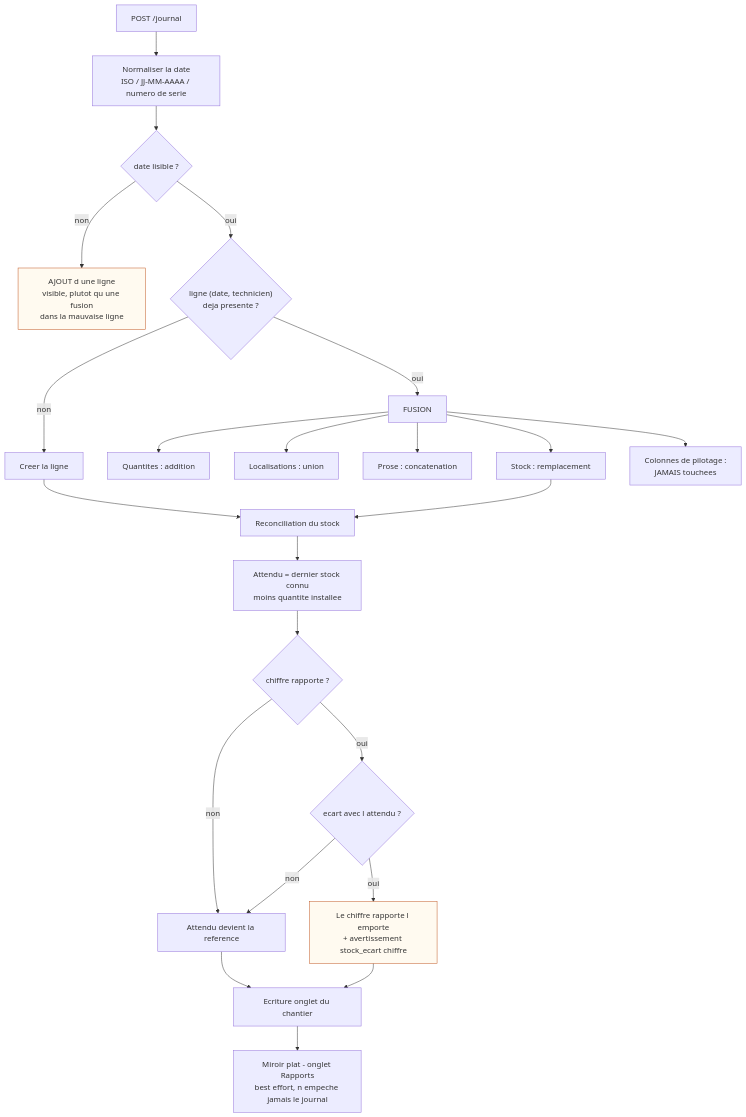
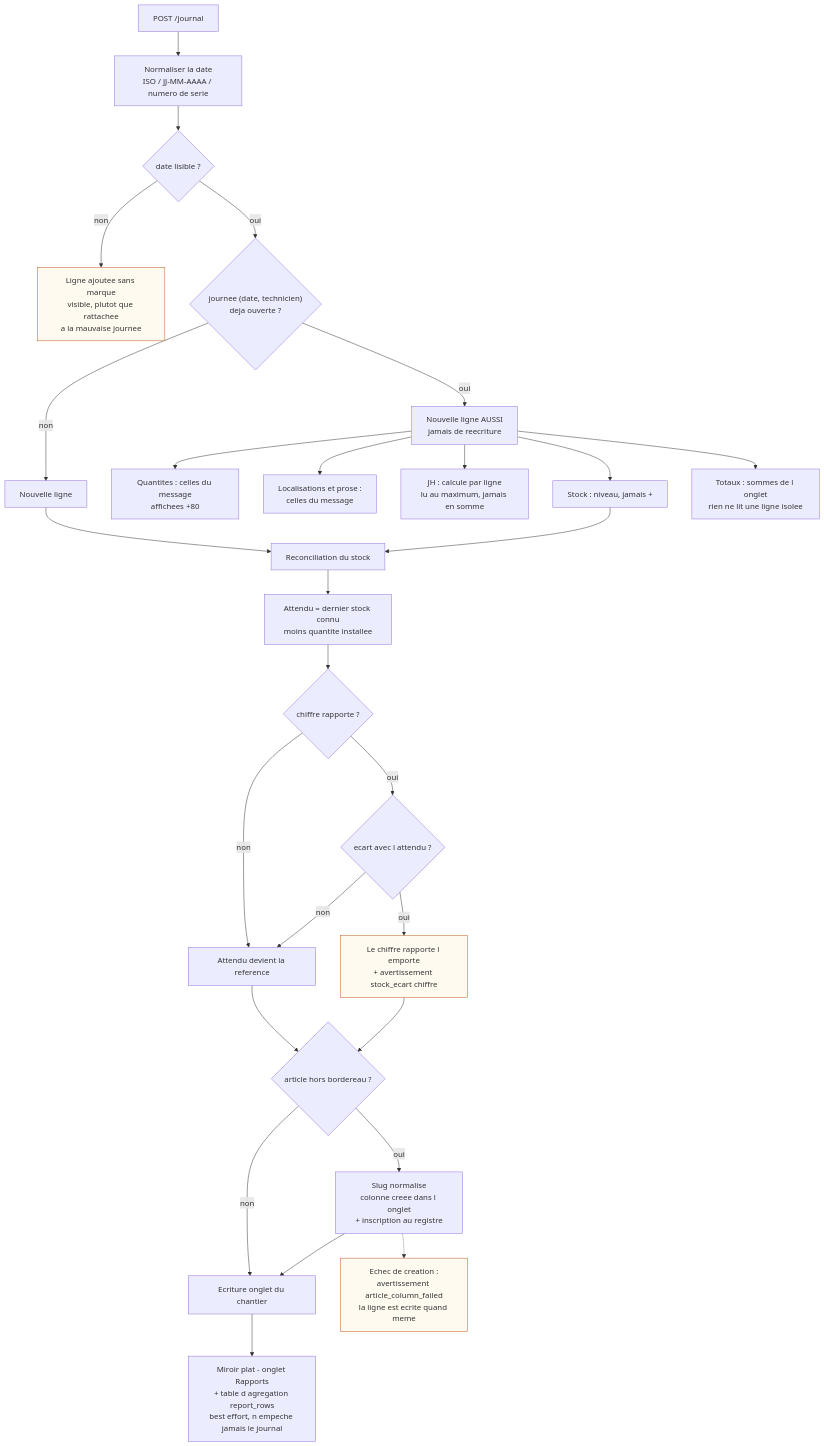
One commit to yassine808/PFE-aznet changed the diagram in Pres+report/diagrams/05-journal-merge.mmd. Above: the diagram before and after it, drawn with Mermaid. The commit also changed 18 other files, not shown here.

```diff
--- a/Pres+report/diagrams/05-journal-merge.mmd
+++ b/Pres+report/diagrams/05-journal-merge.mmd
@@ -1,31 +1,36 @@
 flowchart TD
     A["POST /journal"] --> B["Normaliser la date<br/>ISO / JJ-MM-AAAA / numero de serie"]
     B --> C{"date lisible ?"}
-    C -- non --> APP["AJOUT d une ligne<br/>visible, plutot qu une fusion<br/>dans la mauvaise ligne"]
-    C -- oui --> D{"ligne (date, technicien)<br/>deja presente ?"}
+    C -- non --> APP["Ligne ajoutee sans marque<br/>visible, plutot que rattachee<br/>a la mauvaise journee"]
+    C -- oui --> D{"journee (date, technicien)<br/>deja ouverte ?"}
 
-    D -- non --> NEW["Creer la ligne"]
-    D -- oui --> MERGE["FUSION"]
+    D -- non --> NEW["Nouvelle ligne"]
+    D -- oui --> ADD["Nouvelle ligne AUSSI<br/>jamais de reecriture"]
 
-    MERGE --> M1["Quantites : addition"]
-    MERGE --> M2["Localisations : union"]
-    MERGE --> M3["Prose : concatenation"]
-    MERGE --> M4["Stock : remplacement"]
-    MERGE --> M5["Colonnes de pilotage :<br/>JAMAIS touchees"]
+    ADD --> M1["Quantites : celles du message<br/>affichees +80"]
+    ADD --> M2["Localisations et prose :<br/>celles du message"]
+    ADD --> M3["JH : calcule par ligne<br/>lu au maximum, jamais en somme"]
+    ADD --> M4["Stock : niveau, jamais +"]
+    ADD --> M5["Totaux : sommes de l onglet<br/>rien ne lit une ligne isolee"]
 
     NEW --> S["Reconciliation du stock"]
     M4 --> S
 
     S --> S1["Attendu = dernier stock connu<br/>moins quantite installee"]
     S1 --> S2{"chiffre rapporte ?"}
     S2 -- non --> S3["Attendu devient la reference"]
     S2 -- oui --> S4{"ecart avec l attendu ?"}
     S4 -- non --> S3
     S4 -- oui --> S5["Le chiffre rapporte l emporte<br/>+ avertissement stock_ecart chiffre"]
 
-    S3 --> W["Ecriture onglet du chantier"]
-    S5 --> W
-    W --> MIR["Miroir plat - onglet Rapports<br/>best effort, n empeche jamais le journal"]
+    S3 --> ART{"article hors bordereau ?"}
+    S5 --> ART
+    ART -- oui --> COL["Slug normalise<br/>colonne creee dans l onglet<br/>+ inscription au registre"]
+    ART -- non --> W
+    COL --> W["Ecriture onglet du chantier"]
+    COL -.-> CW["Echec de creation :<br/>avertissement article_column_failed<br/>la ligne est ecrite quand meme"]
+
+    W --> MIR["Miroir plat - onglet Rapports<br/>+ table d agregation report_rows<br/>best effort, n empeche jamais le journal"]
 
     classDef warn fill:#fffaf0,stroke:#c05621
-    class S5,APP warn
+    class S5,APP,CW warn
```
